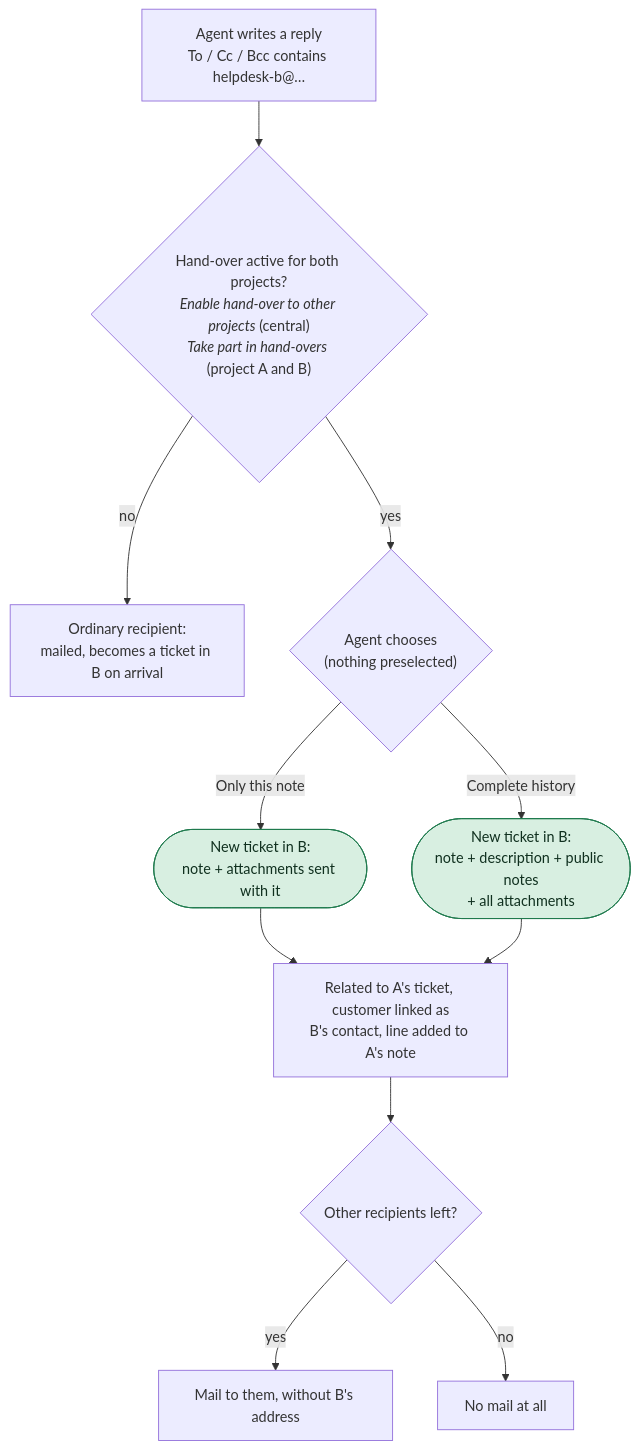
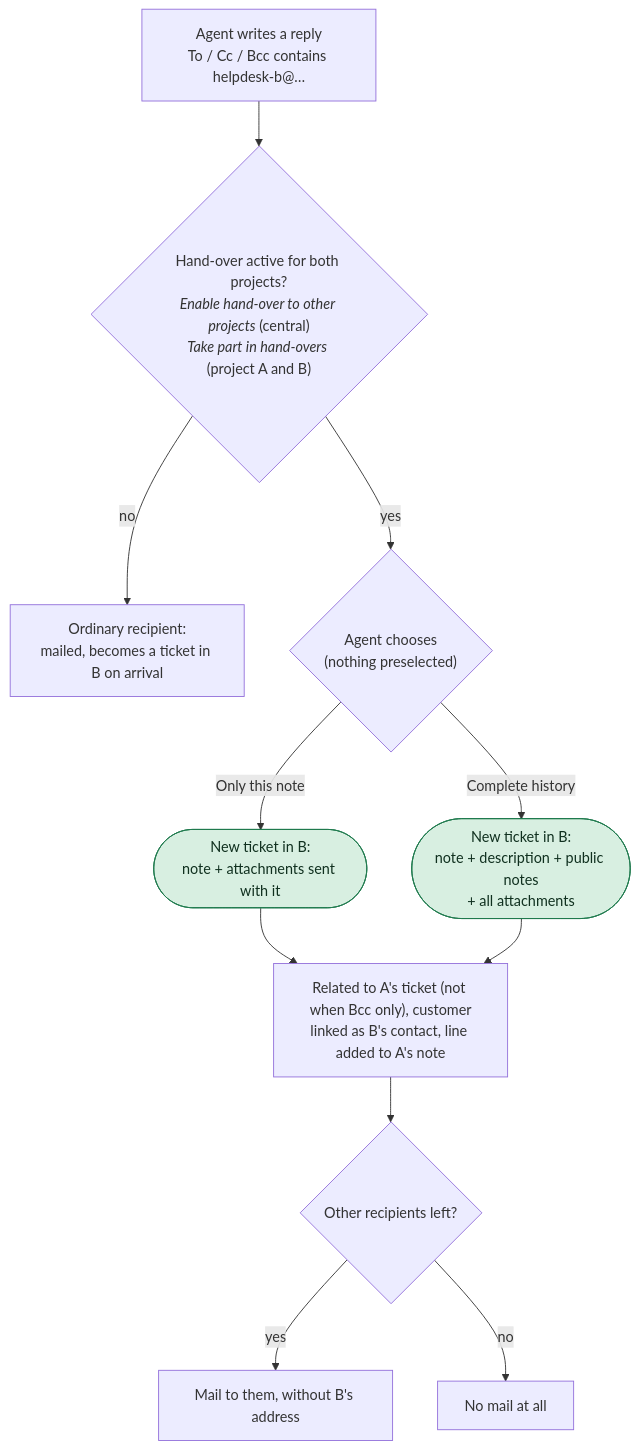
The tenth of 11 diagrams in EMAIL_FLOW.md (expertZentrale/redmine_expert_helpdesk), drawn with Mermaid before and after one commit. The commit also changed other lines of this file and 16 other files, not shown here.

First line of the commit message:
fix(handover): visibility on Assign Contact, per-issue silence, Bcc and AI provenance

````diff
--- a/EMAIL_FLOW.md
+++ b/EMAIL_FLOW.md
@@ -314,14 +314,14 @@
 ```mermaid
 flowchart TD
   R["Agent writes a reply<br/>To / Cc / Bcc contains helpdesk-b@…"] --> E{"Hand-over active for both projects?<br/><i>Enable hand-over to other projects</i> (central)<br/><i>Take part in hand-overs</i> (project A and B)"}
   E -- no --> MAIL["Ordinary recipient:<br/>mailed, becomes a ticket in B on arrival"]
   E -- yes --> ASK{"Agent chooses<br/>(nothing preselected)"}
   ASK -- "Only this note" --> N1(["New ticket in B:<br/>note + attachments sent with it"]):::new
   ASK -- "Complete history" --> N2(["New ticket in B:<br/>note + description + public notes<br/>+ all attachments"]):::new
-  N1 --> LINK["Related to A's ticket, customer linked as<br/>B's contact, line added to A's note"]
+  N1 --> LINK["Related to A's ticket (not when Bcc only), customer<br/>linked as B's contact, line added to A's note"]
   N2 --> LINK
   LINK --> REST{"Other recipients left?"}
   REST -- yes --> SEND["Mail to them, without B's address"]
   REST -- no --> DONE["No mail at all"]
   classDef new fill:#d8efe1,stroke:#1f7a4d,color:#10301f
 ```
````
